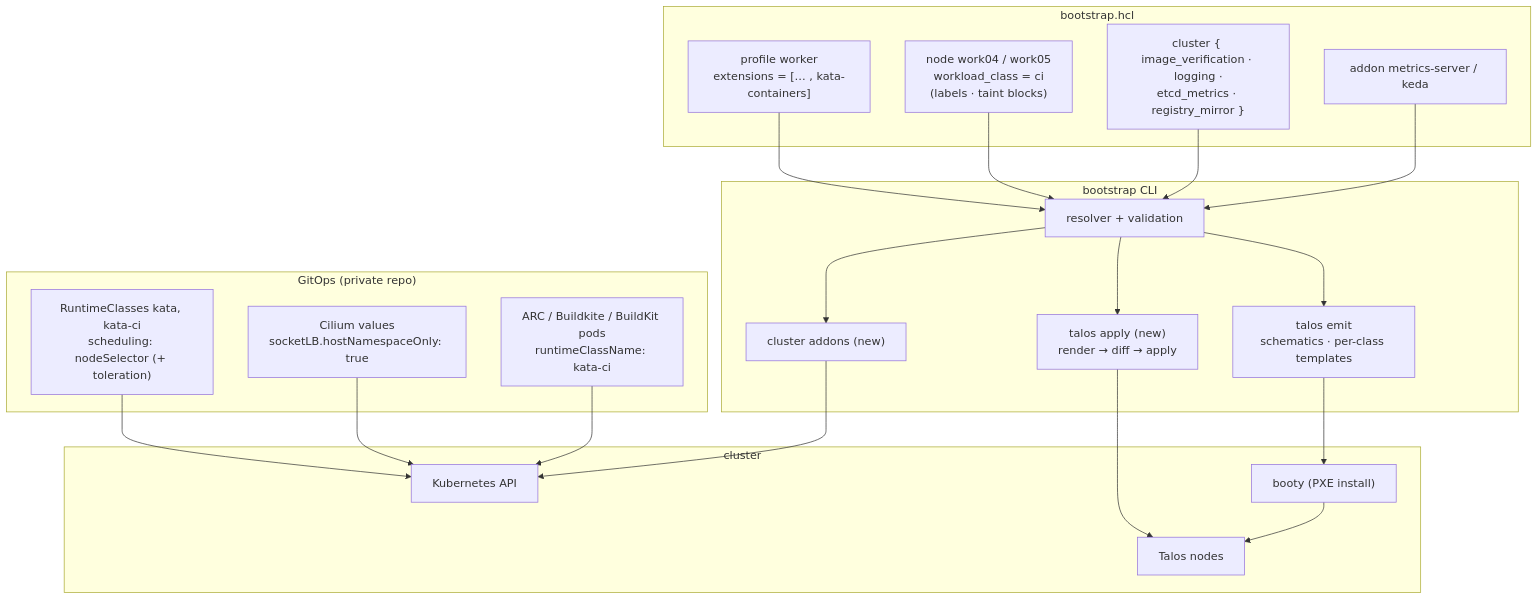
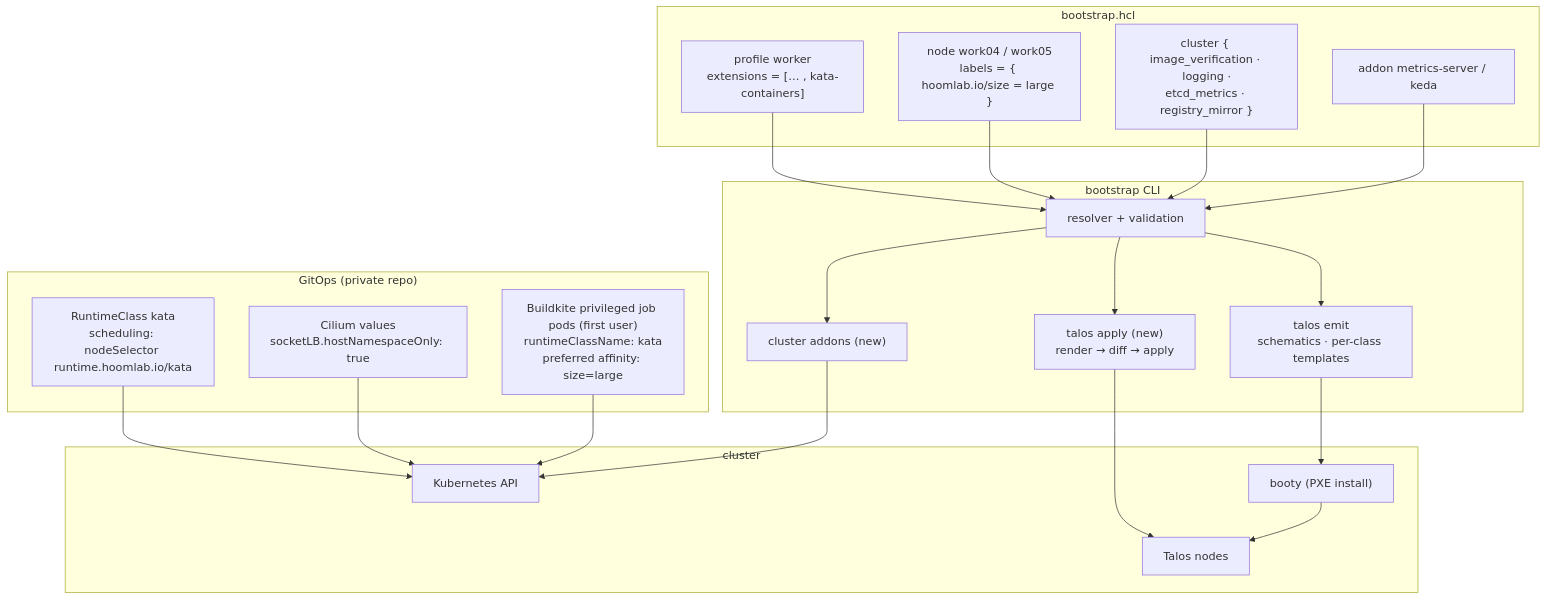
The first of 3 diagrams in docs/design/0005-talos-11311-upgrade-with-kata-ci-isolation-and-cluster-options.md (donaldgifford/hoomlab), drawn with Mermaid before and after one commit. The commit also changed other lines of this file and 2 other files, not shown here.

First line of the commit message:
docs(design): DESIGN-0005 Phase 2 gate — Stage 1 findings, per-workload Kata

````diff
--- a/docs/design/0005-talos-11311-upgrade-with-kata-ci-isolation-and-cluster-options.md
+++ b/docs/design/0005-talos-11311-upgrade-with-kata-ci-isolation-and-cluster-options.md
@@ -205,35 +236,35 @@
 ```mermaid
 flowchart TB
     subgraph HCL["bootstrap.hcl"]
         P["profile worker<br/>extensions = [… , kata-containers]"]
-        N["node work04 / work05<br/>workload_class = ci<br/>(labels · taint blocks)"]
+        N["node work04 / work05<br/>labels = { hoomlab.io/size = large }"]
         O["cluster { image_verification · logging ·<br/>etcd_metrics · registry_mirror }"]
         A["addon metrics-server / keda"]
     end
     subgraph CLI["bootstrap CLI"]
         R["resolver + validation"]
         E["talos emit<br/>schematics · per-class templates"]
         AP["talos apply (new)<br/>render → diff → apply"]
         AD["cluster addons (new)"]
     end
     subgraph Live["cluster"]
         BOOT["booty (PXE install)"]
         NODES["Talos nodes"]
         K8S["Kubernetes API"]
     end
     subgraph GitOps["GitOps (private repo)"]
-        RC["RuntimeClasses kata, kata-ci<br/>scheduling: nodeSelector (+ toleration)"]
+        RC["RuntimeClass kata<br/>scheduling: nodeSelector runtime.hoomlab.io/kata"]
         CV["Cilium values<br/>socketLB.hostNamespaceOnly: true"]
-        CI["ARC / Buildkite / BuildKit pods<br/>runtimeClassName: kata-ci"]
+        CI["Buildkite privileged job pods (first user)<br/>runtimeClassName: kata<br/>preferred affinity: size=large"]
     end
     P --> R
     N --> R
     O --> R
     A --> R
     R --> E --> BOOT --> NODES
     R --> AP --> NODES
     R --> AD --> K8S
     RC --> K8S
     CV --> K8S
     CI --> K8S
 ```
````
